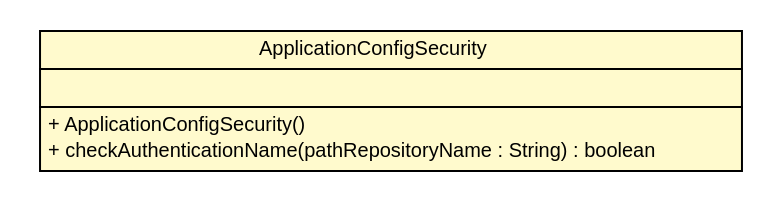
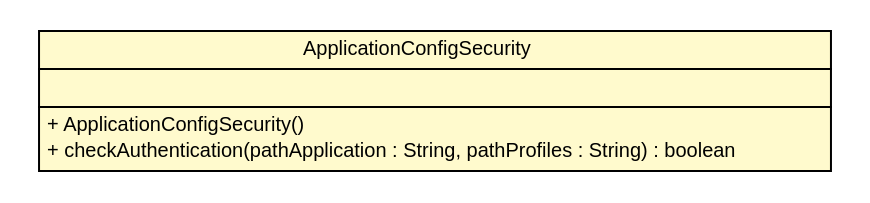
One commit to sfeng9d/spring-cloud-config changed the diagram in snapshot/build-docker/maven-build-java8/spring-cloud-config/spring-cloud-config-server/apidocs/cn/home1/cloud/config/server/security/ApplicationConfigSecurity.dot. Above: the diagram before and after it, drawn with Graphviz. The commit also changed 149 other files, not shown here.

```diff
--- a/snapshot/build-docker/maven-build-java8/spring-cloud-config/spring-cloud-config-server/apidocs/cn/home1/cloud/config/server/security/ApplicationConfigSecurity.dot
+++ b/snapshot/build-docker/maven-build-java8/spring-cloud-config/spring-cloud-config-server/apidocs/cn/home1/cloud/config/server/security/ApplicationConfigSecurity.dot
@@ -1,25 +1,25 @@
 #!/usr/local/bin/dot
 #
 # Class diagram 
 # Generated by UMLGraph version R5_6-24-gf6e263 (http://www.umlgraph.org/)
 #
 
 digraph G {
 	edge [fontname="Helvetica",fontsize=10,labelfontname="Helvetica",labelfontsize=10];
 	node [fontname="Helvetica",fontsize=10,shape=plaintext];
 	nodesep=0.25;
 	ranksep=0.5;
 	// cn.home1.cloud.config.server.security.ApplicationConfigSecurity
 	c104 [label=<<table title="cn.home1.cloud.config.server.security.ApplicationConfigSecurity" border="0" cellborder="1" cellspacing="0" cellpadding="2" port="p" bgcolor="lemonChiffon" href="./ApplicationConfigSecurity.html">
 		<tr><td><table border="0" cellspacing="0" cellpadding="1">
 <tr><td align="center" balign="center"> ApplicationConfigSecurity </td></tr>
 		</table></td></tr>
 		<tr><td><table border="0" cellspacing="0" cellpadding="1">
 <tr><td align="left" balign="left">  </td></tr>
 		</table></td></tr>
 		<tr><td><table border="0" cellspacing="0" cellpadding="1">
 <tr><td align="left" balign="left"> + ApplicationConfigSecurity() </td></tr>
-<tr><td align="left" balign="left"> + checkAuthenticationName(pathRepositoryName : String) : boolean </td></tr>
+<tr><td align="left" balign="left"> + checkAuthentication(pathApplication : String, pathProfiles : String) : boolean </td></tr>
 		</table></td></tr>
 		</table>>, URL="./ApplicationConfigSecurity.html", fontname="Helvetica", fontcolor="black", fontsize=10.0];
 }
```
